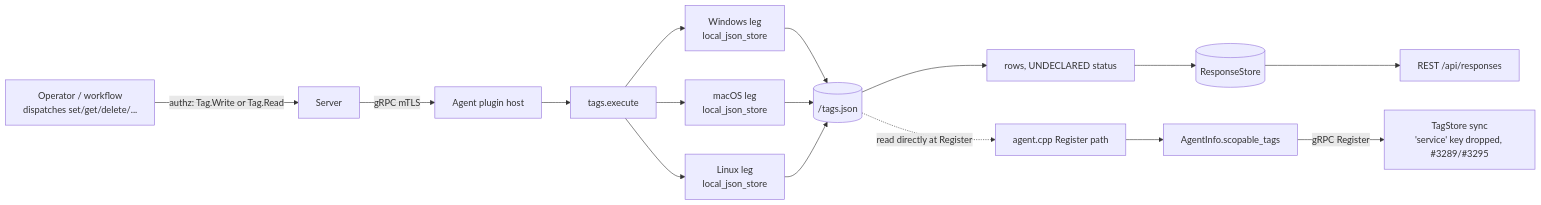
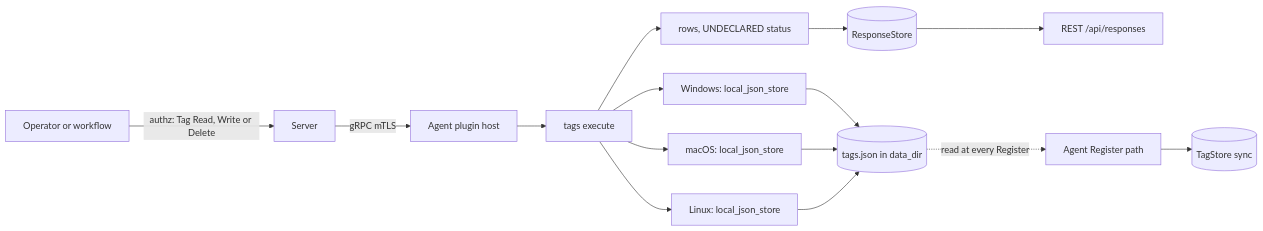
One commit to DevNullLtd/Yuzu changed the first of 2 diagrams in agents/plugins/tags/README.md. Above: the diagram before and after it, drawn with Mermaid. The commit also changed other lines of this file and 5 other files, not shown here.

````diff
--- a/agents/plugins/tags/README.md
+++ b/agents/plugins/tags/README.md
@@ -21,12 +21,13 @@
 ```mermaid
 flowchart LR
-  OP[Operator / workflow<br/>dispatches set/get/delete/...] -- authz: Tag.Write or Tag.Read --> SRV[Server]
-  SRV -- gRPC mTLS --> HOST[Agent plugin host] --> EX[tags.execute]
-  EX --> WIN[Windows leg<br/>local_json_store]
-  EX --> MAC[macOS leg<br/>local_json_store]
-  EX --> LIN[Linux leg<br/>local_json_store]
-  WIN & MAC & LIN --> FILE[("<data_dir>/tags.json")]
-  FILE --> ROWS[rows, UNDECLARED status] --> RS[(ResponseStore)] --> API[REST /api/responses]
-  FILE -. read directly at Register .-> REG[agent.cpp Register path] --> SCOPE[AgentInfo.scopable_tags]
-  SCOPE -- gRPC Register --> TS[TagStore sync<br/>'service' key dropped, #3289/#3295]
+  OP["Operator or workflow"] -->|"authz: Tag Read, Write or Delete"| SRV["Server"]
+  SRV -->|"gRPC mTLS"| HOST["Agent plugin host"] --> EX["tags execute"]
+  EX --> WIN["Windows: local_json_store"]
+  EX --> MAC["macOS: local_json_store"]
+  EX --> LIN["Linux: local_json_store"]
+  WIN --> FILE[("tags.json in data_dir")]
+  MAC --> FILE
+  LIN --> FILE
+  EX --> ROWS["rows, UNDECLARED status"] --> RS[("ResponseStore")] --> API["REST /api/responses"]
+  FILE -.->|"read at every Register"| REG["Agent Register path"] --> TS[("TagStore sync")]
 ```
````
